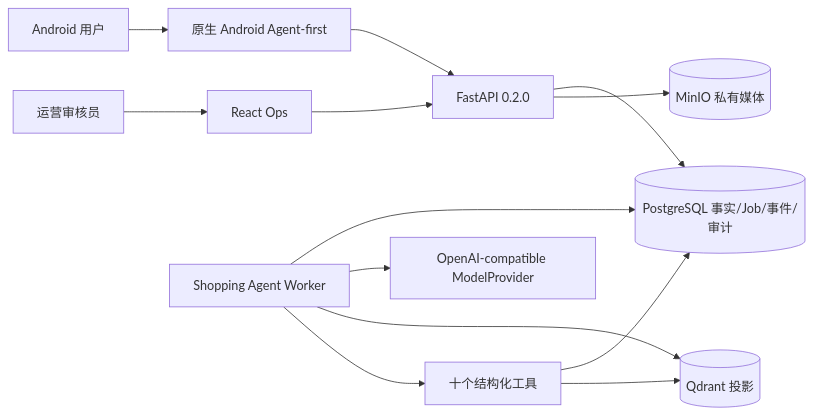
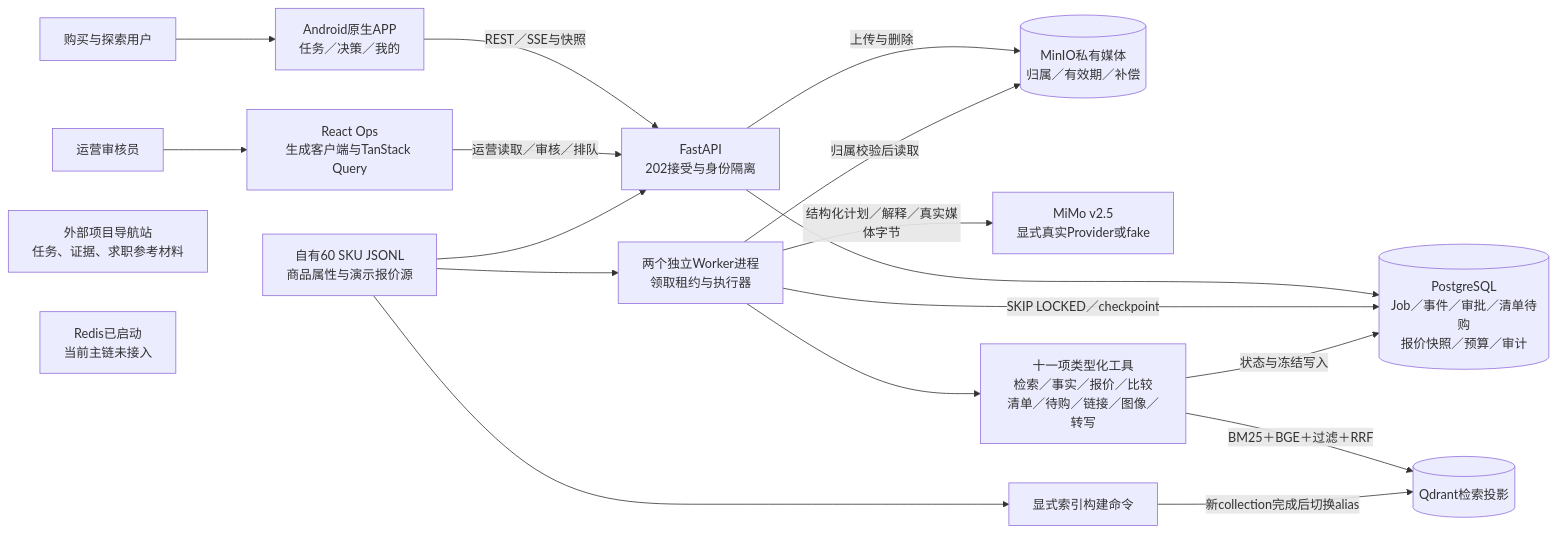
Before and after one commit to JunyeFu/Rag-ecommerce-agent: the diagram in docs/architecture/V3-C4.md, drawn with Mermaid. The commit also changed other lines of this file and 538 other files, not shown here.

Commit message:
feat: sync latest shopping agent development and organize project evidence

````diff
--- a/docs/architecture/V3-C4.md
+++ b/docs/architecture/V3-C4.md
@@ -3,15 +5,21 @@
 ```mermaid
 flowchart LR
-  User[Android 用户] --> Android[原生 Android Agent-first]
-  Reviewer[运营审核员] --> Ops[React Ops]
-  Android --> API[FastAPI 0.2.0]
-  Ops --> API
-  API --> PG[(PostgreSQL 事实/Job/事件/审计)]
-  Worker[Shopping Agent Worker] --> PG
-  Worker --> Model[OpenAI-compatible ModelProvider]
-  Worker --> Q[(Qdrant 投影)]
-  API --> MinIO[(MinIO 私有媒体)]
-  Worker --> Tools[十个结构化工具]
-  Tools --> PG
-  Tools --> Q
+  User[购买与探索用户] --> Android[Android原生APP<br/>任务／决策／我的]
+  Reviewer[运营审核员] --> Ops[React Ops<br/>生成客户端与TanStack Query]
+  Android -->|REST／SSE与快照| API[FastAPI<br/>202接受与身份隔离]
+  Ops -->|运营读取／审核／排队| API
+  API --> PG[(PostgreSQL<br/>Job／事件／审批／清单待购<br/>报价快照／预算／审计)]
+  API -->|上传与删除| MinIO[(MinIO私有媒体<br/>归属／有效期／补偿)]
+  Worker[两个独立Worker进程<br/>领取租约与执行器] -->|SKIP LOCKED／checkpoint| PG
+  Worker -->|结构化计划／解释／真实媒体字节| Model[MiMo v2.5<br/>显式真实Provider或fake]
+  Worker -->|归属校验后读取| MinIO
+  Worker --> Tools[十一项类型化工具<br/>检索／事实／报价／比较<br/>清单／待购／链接／图像／转写]
+  Tools -->|状态与冻结写入| PG
+  Tools -->|BM25＋BGE＋过滤＋RRF| Q[(Qdrant检索投影)]
+  Catalog[自有60 SKU JSONL<br/>商品属性与演示报价源] --> API
+  Catalog --> Worker
+  Catalog --> Builder[显式索引构建命令]
+  Builder -->|新collection完成后切换alias| Q
+  Nav[外部项目导航站<br/>任务、证据、求职参考材料]
+  Redis[Redis已启动<br/>当前主链未接入]
 ```
````
